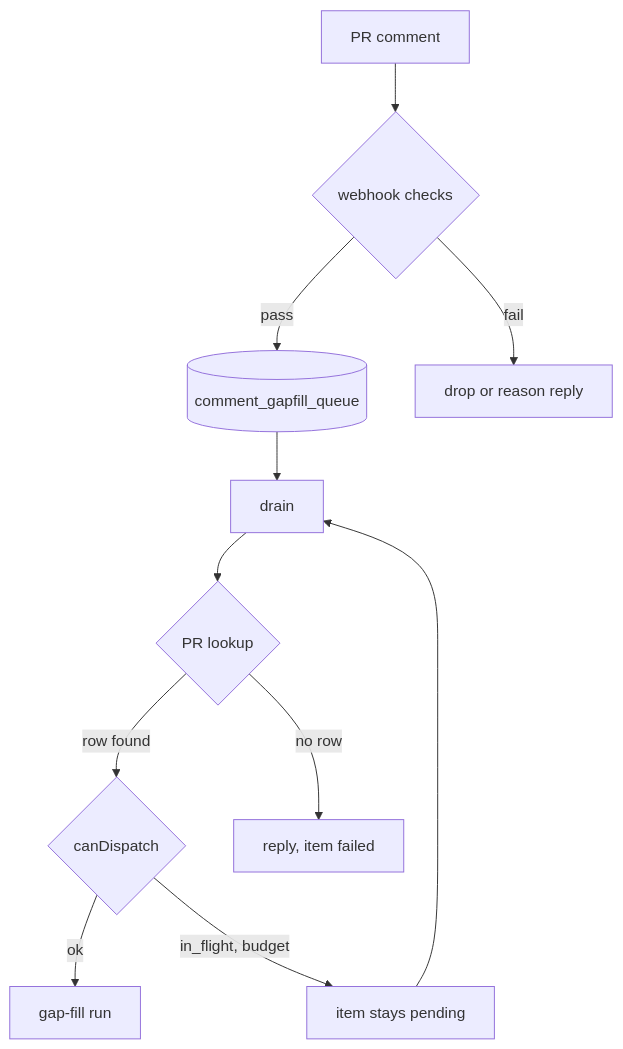
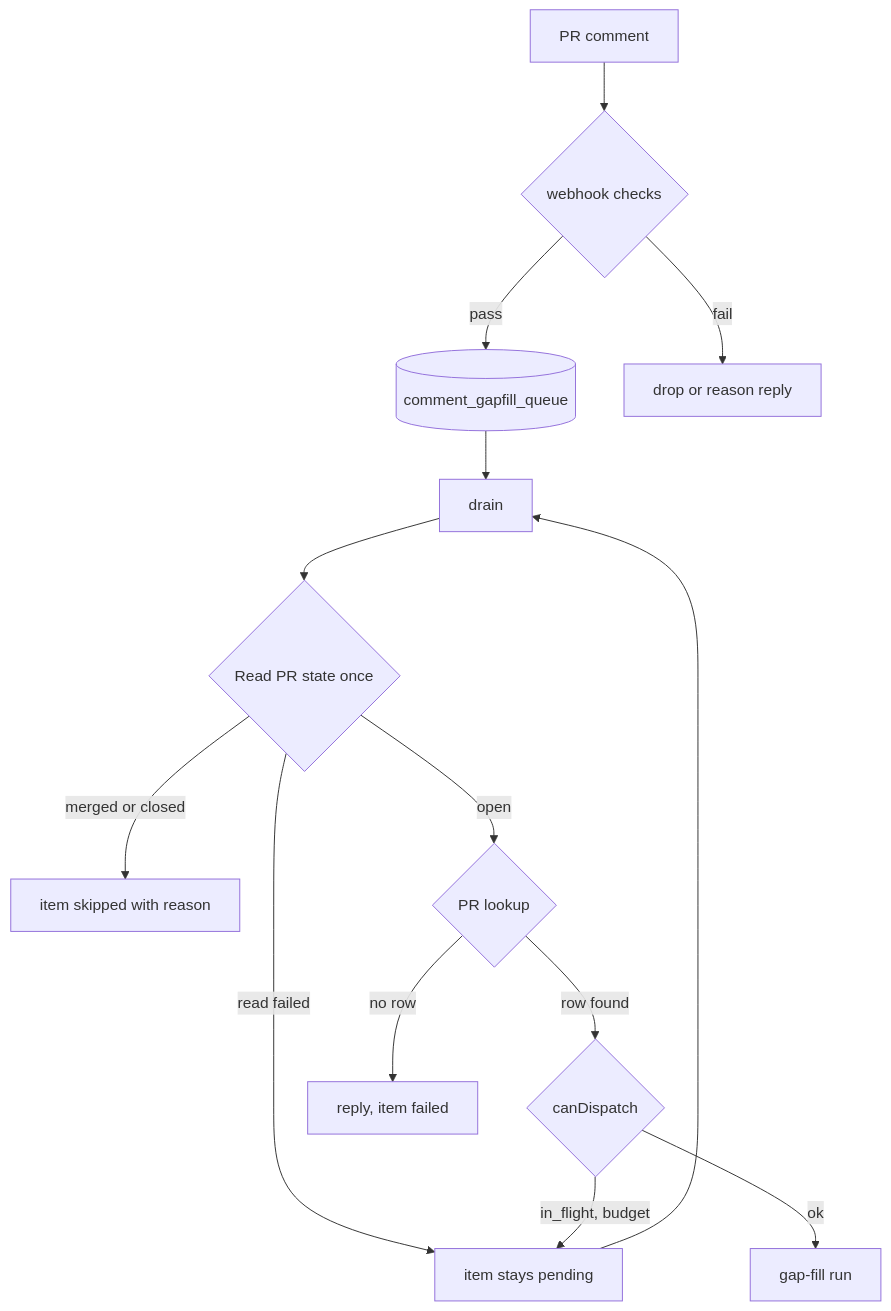
The diagram in docs/comment-gapfill-rail.md (BuildDownAI/AI-Implement), drawn with Mermaid before and after one commit. The commit also changed other lines of this file and 2 other files, not shown here.

Commit message:
AII-1983: Comment-gapfill drain: close queue rows when their PR is merged or closed

````diff
--- a/docs/comment-gapfill-rail.md
+++ b/docs/comment-gapfill-rail.md
@@ -5,13 +5,16 @@
 ```mermaid
 flowchart TD
   C[PR comment] --> W{webhook checks}
   W -->|pass| Q[(comment_gapfill_queue)]
   W -->|fail| R1[drop or reason reply]
   Q --> D[drain]
-  D --> L{PR lookup}
+  D --> S{Read PR state once}
+  S -->|merged or closed| T[item skipped with reason]
+  S -->|read failed| P
+  S -->|open| L{PR lookup}
   L -->|row found| G{canDispatch}
   L -->|no row| R2[reply, item failed]
   G -->|ok| RUN[gap-fill run]
   G -->|in_flight, budget| P[item stays pending]
   P --> D
 ```
````
